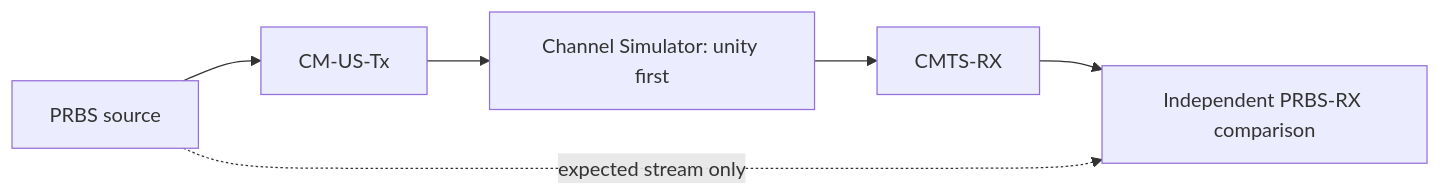
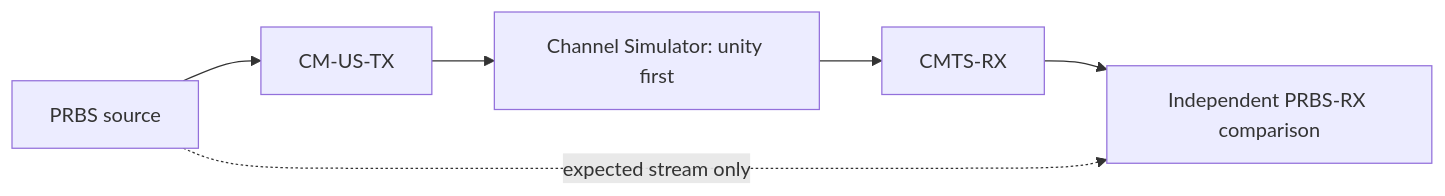
The diagram in README.md (PyPNMApps/morgana), drawn with Mermaid before and after one commit. The commit also changed other lines of this file and 5 other files, not shown here.

````diff
--- a/README.md
+++ b/README.md
@@ -93,8 +93,8 @@
 ```mermaid
 flowchart LR
-    SOURCE[PRBS source] --> TX[CM-US-Tx]
+    SOURCE[PRBS source] --> TX[CM-US-TX]
     TX --> CHANNEL[Channel Simulator: unity first]
     CHANNEL --> RX[CMTS-RX]
     RX --> VERIFY[Independent PRBS-RX comparison]
     SOURCE -. expected stream only .-> VERIFY
 ```
````
